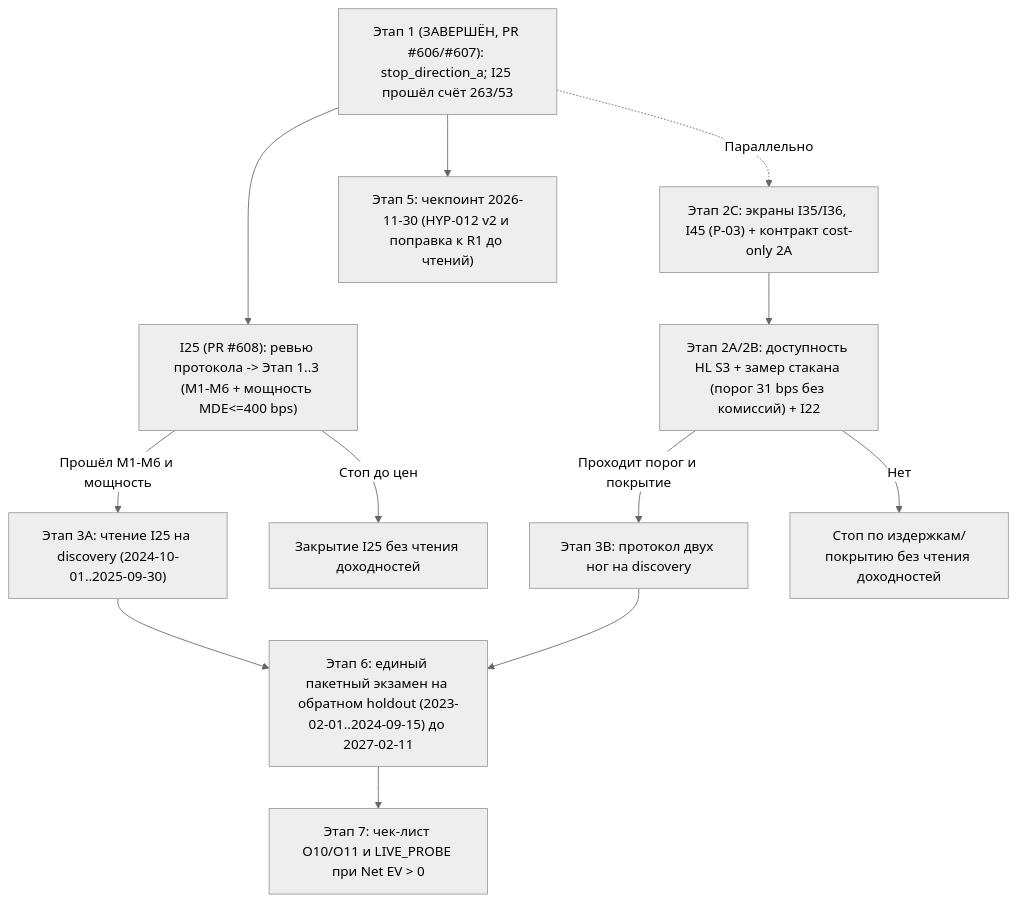
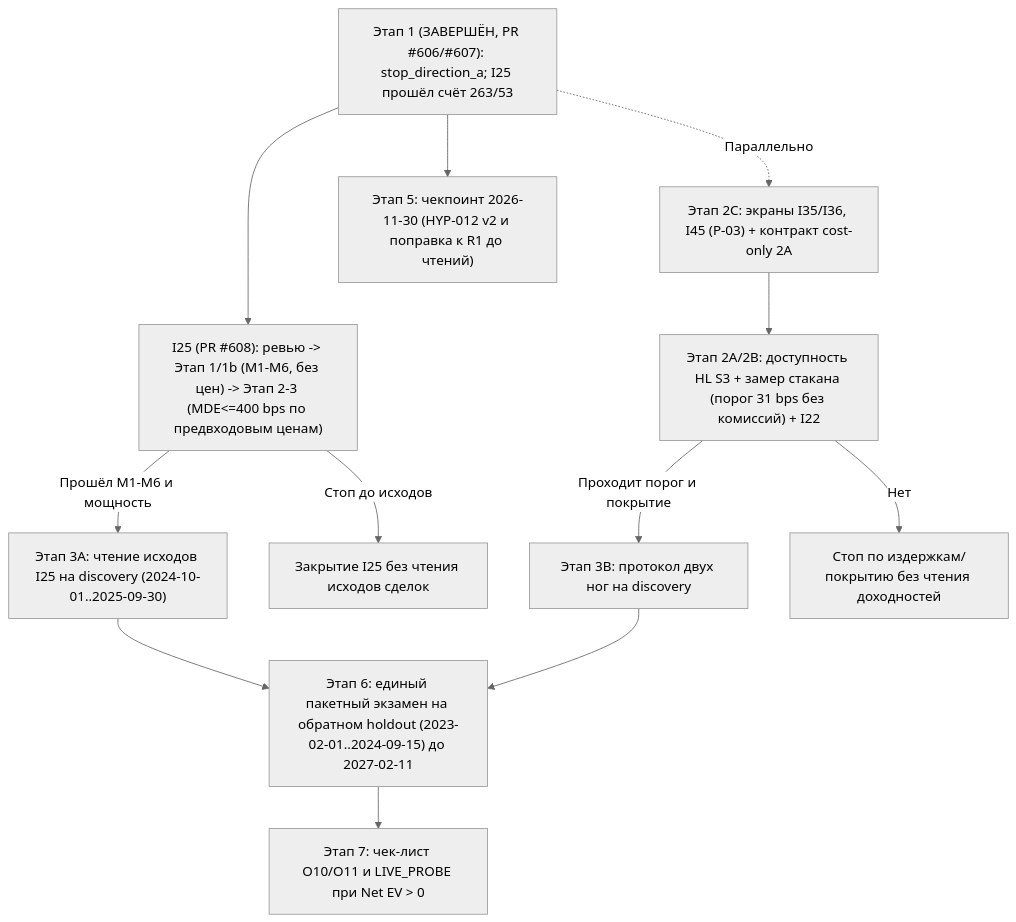
One commit to mavlevich/schurfer changed the diagram in docs/consilium/plan.md. Above: the diagram before and after it, drawn with Mermaid (neutral theme). The commit also changed other lines of this file and 2 other files, not shown here.

````diff
--- a/docs/consilium/plan.md
+++ b/docs/consilium/plan.md
@@ -83,14 +84,14 @@
 ```mermaid
 flowchart TD
-    S1["Этап 1 (ЗАВЕРШЁН, PR #606/#607): stop_direction_a; I25 прошёл счёт 263/53"] --> S2I25["I25 (PR #608): ревью протокола -> Этап 1..3 (M1-M6 + мощность MDE<=400 bps)"]
-    S2I25 -- "Прошёл M1-M6 и мощность" --> S3A["Этап 3A: чтение I25 на discovery (2024-10-01..2025-09-30)"]
-    S2I25 -- "Стоп до цен" --> STOP1["Закрытие I25 без чтения доходностей"]
+    S1["Этап 1 (ЗАВЕРШЁН, PR #606/#607): stop_direction_a; I25 прошёл счёт 263/53"] --> S2I25["I25 (PR #608): ревью -> Этап 1/1b (M1-M6, без цен) -> Этап 2-3 (MDE<=400 bps по предвходовым ценам)"]
+    S2I25 -- "Прошёл M1-M6 и мощность" --> S3A["Этап 3A: чтение исходов I25 на discovery (2024-10-01..2025-09-30)"]
+    S2I25 -- "Стоп до исходов" --> STOP1["Закрытие I25 без чтения исходов сделок"]
     S1 -. "Параллельно" .-> S2C["Этап 2C: экраны I35/I36, I45 (P-03) + контракт cost-only 2A"]
     S2C --> S2["Этап 2A/2B: доступность HL S3 + замер стакана (порог 31 bps без комиссий) + I22"]
     S2 -- "Проходит порог и покрытие" --> S3B["Этап 3B: протокол двух ног на discovery"]
     S2 -- "Нет" --> STOP2["Стоп по издержкам/покрытию без чтения доходностей"]
     S1 --> S5["Этап 5: чекпоинт 2026-11-30 (HYP-012 v2 и поправка к R1 до чтений)"]
     S3A --> S6["Этап 6: единый пакетный экзамен на обратном holdout (2023-02-01..2024-09-15) до 2027-02-11"]
     S3B --> S6
     S6 --> S7["Этап 7: чек-лист O10/O11 и LIVE_PROBE при Net EV > 0"]
 ```
````
